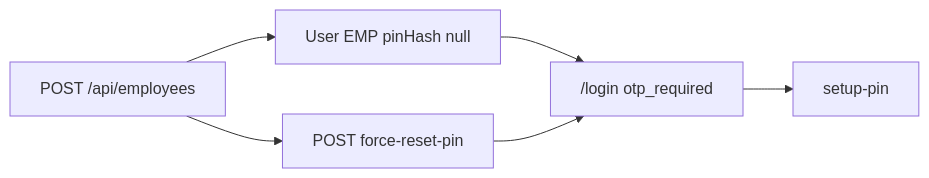
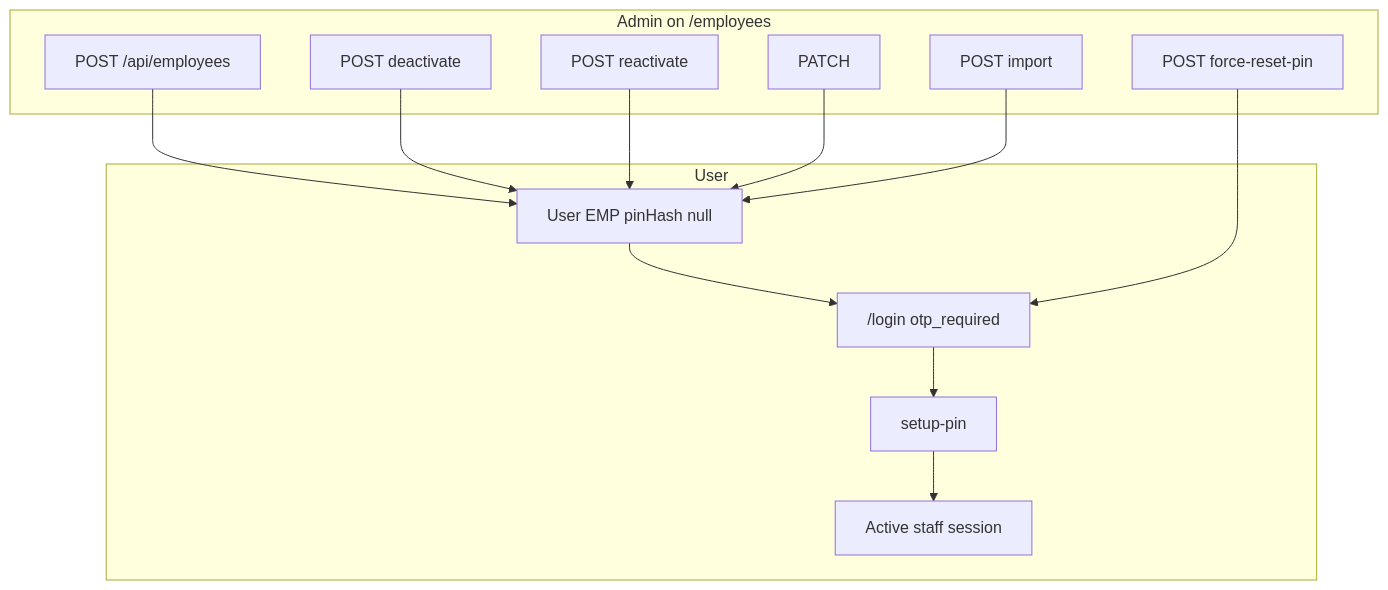
Before and after one commit to psmpasupathi009/mlf: the first of 2 diagrams in docs/mlf flows/employees_flow.md, drawn with Mermaid. The commit also changed other lines of this file and 52 other files, not shown here.

````diff
--- a/docs/mlf flows/employees_flow.md
+++ b/docs/mlf flows/employees_flow.md
@@ -12,8 +7,25 @@
 ```mermaid
-flowchart LR
-  admin["POST /api/employees"] --> user["User EMP pinHash null"]
-  user --> login["/login otp_required"]
-  login --> pin["setup-pin"]
-  admin --> reset["POST force-reset-pin"]
+flowchart TD
+  subgraph admin [Admin on /employees]
+    create["POST /api/employees"]
+    edit["PATCH"]
+    deact["POST deactivate"]
+    react["POST reactivate"]
+    reset["POST force-reset-pin"]
+    importDlg["POST import"]
+  end
+
+  subgraph user [User]
+    emp["User EMP pinHash null"]
+    login["/login otp_required"]
+    pin["setup-pin"]
+    active["Active staff session"]
+  end
+
+  create --> emp --> login --> pin --> active
   reset --> login
+  deact --> emp
+  react --> emp
+  edit --> emp
+  importDlg --> emp
 ```
````
